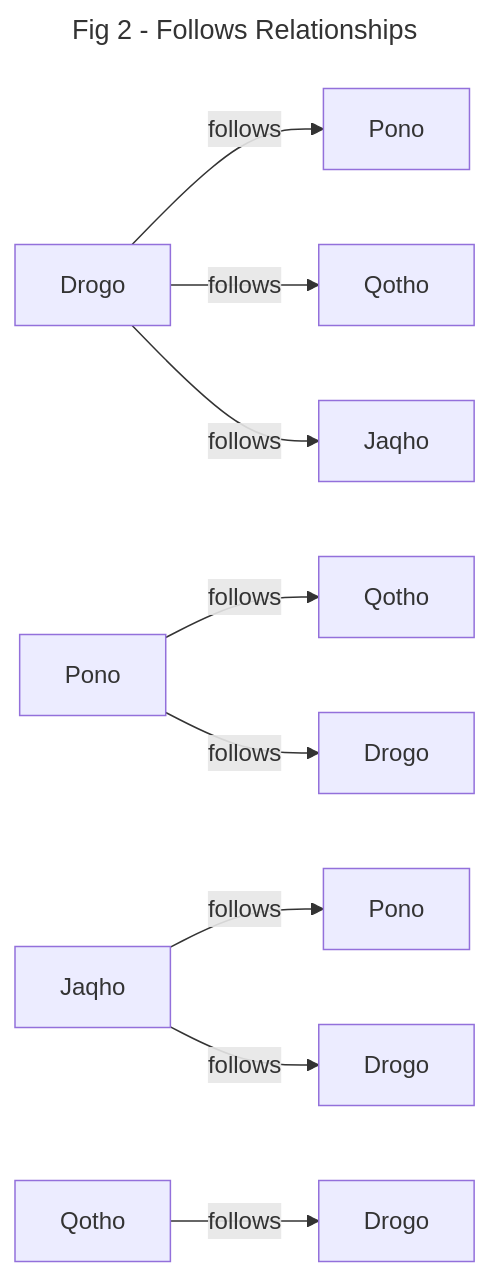
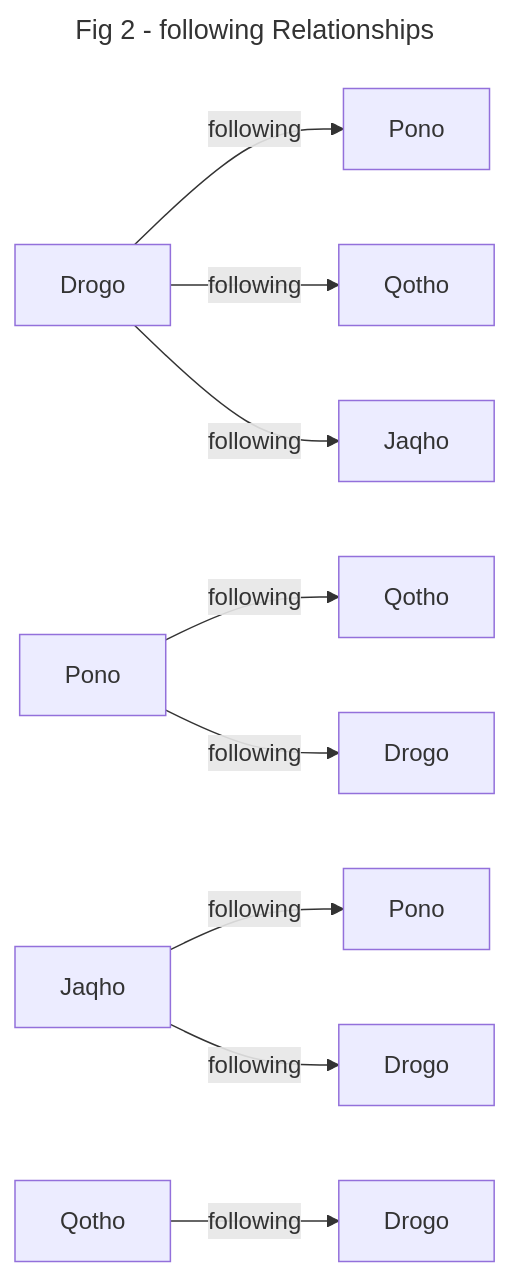
The second of 3 diagrams in indexingRelationships/explainer.md (kirkdotcam/xylem), drawn with Mermaid before and after one commit. The commit also changed other lines of this file, not shown here.

Commit message:
correct follows/following

````diff
--- a/indexingRelationships/explainer.md
+++ b/indexingRelationships/explainer.md
@@ -60,17 +62,17 @@
 ```mermaid
 ---
-title: Fig 2 - Follows Relationships
+title: Fig 2 - following Relationships
 ---
 flowchart LR
-    Drogo -->|follows| Pono
-    Drogo -->|follows| Qotho
-    Drogo -->|follows| Jaqho
+    Drogo -->|following| Pono
+    Drogo -->|following| Qotho
+    Drogo -->|following| Jaqho
 
-    Pono2[Pono] -->|follows| Qotho2[Qotho]
-    Pono2[Pono] -->|follows| Drogo2[Drogo]
+    Pono2[Pono] -->|following| Qotho2[Qotho]
+    Pono2[Pono] -->|following| Drogo2[Drogo]
 
-    Jaqho2[Jaqho] -->|follows| Pono3[Pono]
-    Jaqho2[Jaqho] -->|follows| Drogo3[Drogo]
+    Jaqho2[Jaqho] -->|following| Pono3[Pono]
+    Jaqho2[Jaqho] -->|following| Drogo3[Drogo]
 
-    Qotho3[Qotho] -->|follows| Drogo4[Drogo]
+    Qotho3[Qotho] -->|following| Drogo4[Drogo]
 ```
````
